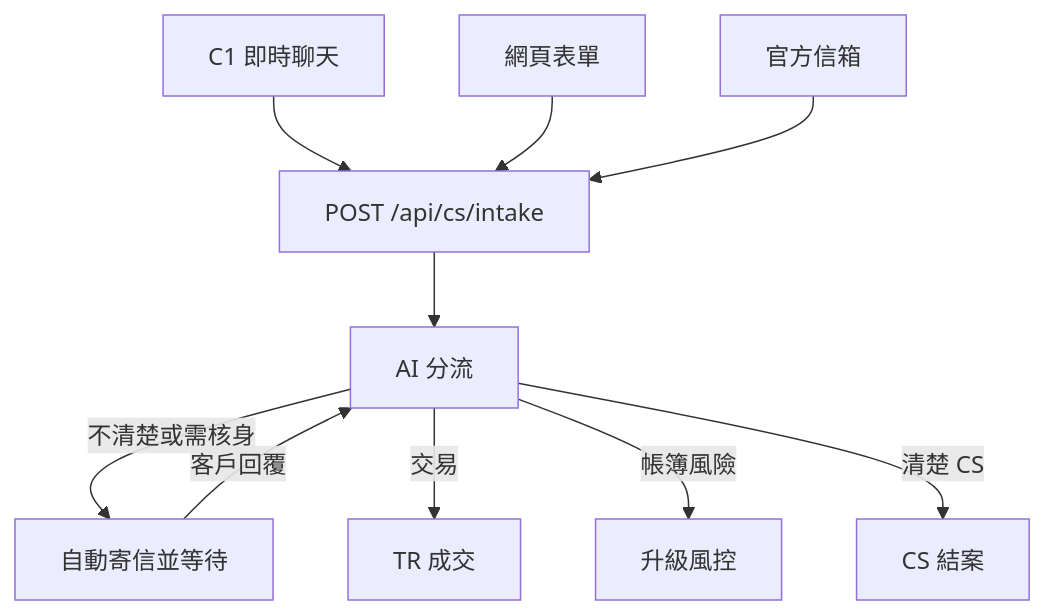
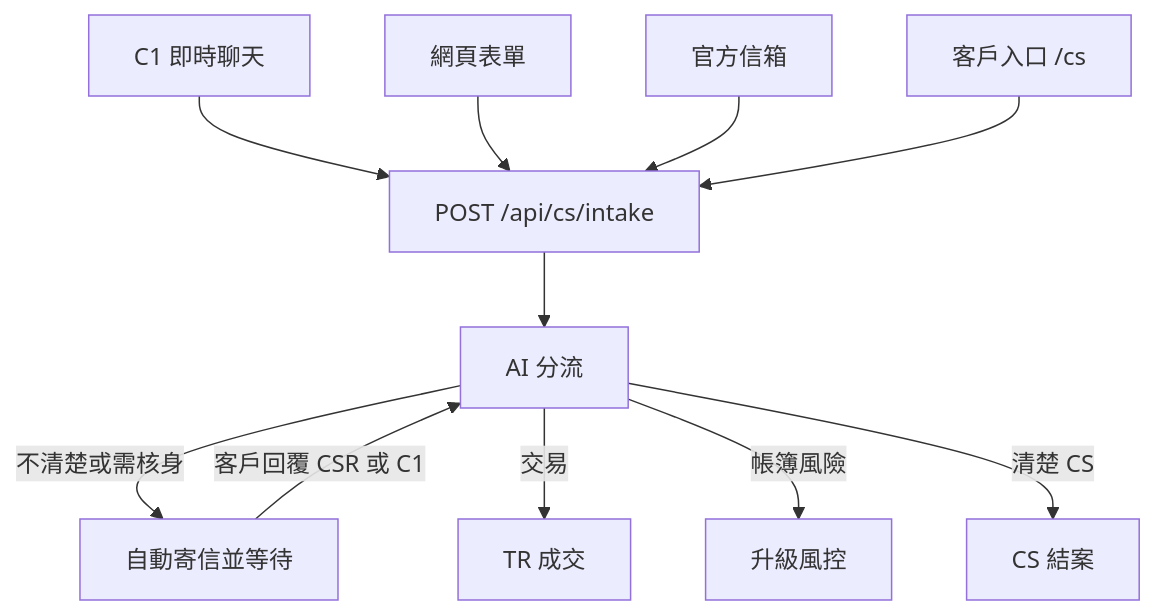
Before and after one commit to hxyan2020/PRD: diagram 11 of 12 in platform/docs/USER_GUIDE.zh-Hant.md, drawn with Mermaid. The commit also changed other lines of this file and 34 other files, not shown here.

````diff
--- a/platform/docs/USER_GUIDE.zh-Hant.md
+++ b/platform/docs/USER_GUIDE.zh-Hant.md
@@ -538,12 +540,13 @@
 ```mermaid
 graph TD
   C1[C1 即時聊天] --> Intake[POST /api/cs/intake]
   Form[網頁表單] --> Intake
   Mail[官方信箱] --> Intake
+  Portal[客戶入口 /cs] --> Intake
   Intake --> AI[AI 分流]
   AI -->|不清楚或需核身| Wait[自動寄信並等待]
-  Wait -->|客戶回覆| AI
+  Wait -->|客戶回覆 CSR 或 C1| AI
   AI -->|交易| TR[TR 成交]
   AI -->|帳簿風險| Risk[升級風控]
   AI -->|清楚 CS| Done[CS 結案]
 ```
````
